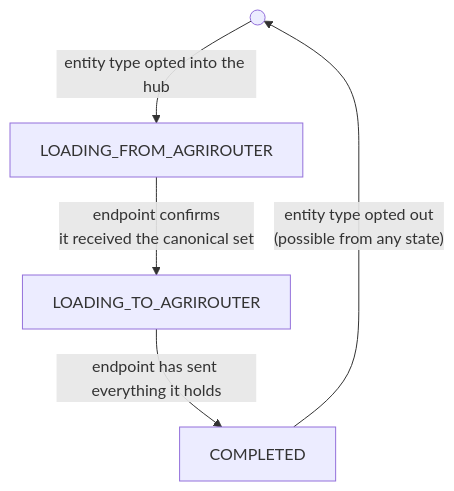
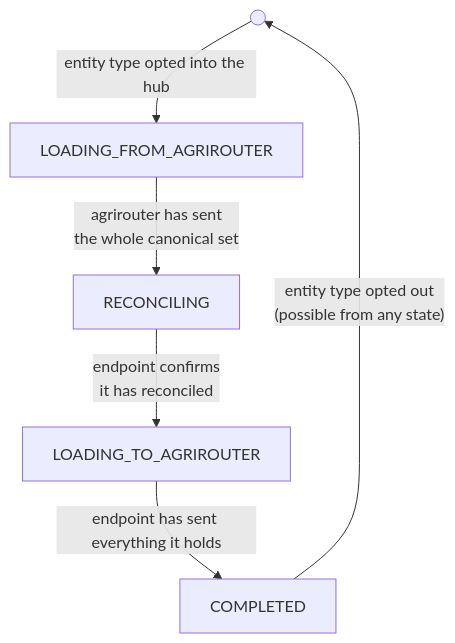
Before and after one commit to DKE-Data/masterdata-sync-working-group: the first of 3 diagrams in architecture/06-initial-load.md, drawn with Mermaid. The commit also changed other lines of this file and 3 other files, not shown here.

````diff
--- a/architecture/06-initial-load.md
+++ b/architecture/06-initial-load.md
@@ -27,13 +27,15 @@
 ```mermaid
 flowchart TB
     START(( ))
     LF["LOADING_FROM_AGRIROUTER"]
+    R["RECONCILING"]
     LT["LOADING_TO_AGRIROUTER"]
     C["COMPLETED"]
     START -->|"entity type opted into the hub"| LF
-    LF -->|"endpoint confirms<br/>it received the canonical set"| LT
+    LF -->|"agrirouter has sent<br/>the whole canonical set"| R
+    R -->|"endpoint confirms<br/>it has reconciled"| LT
     LT -->|"endpoint has sent everything it holds"| C
     C -->|"entity type opted out<br/>(possible from any state)"| START
-    %% ceasg:{"id":"adkxr9hx"} %%
-    %% mermaid-flow:pos START=198,82 LF=401,176 LT=402,276 C=198,378
+    %% ceasg:{"id":"6kuwmm6w"} %%
+    %% mermaid-flow:pos START=119,100 LF=276,230 R=280,354 LT=259,477 C=119,590
 ```
````
